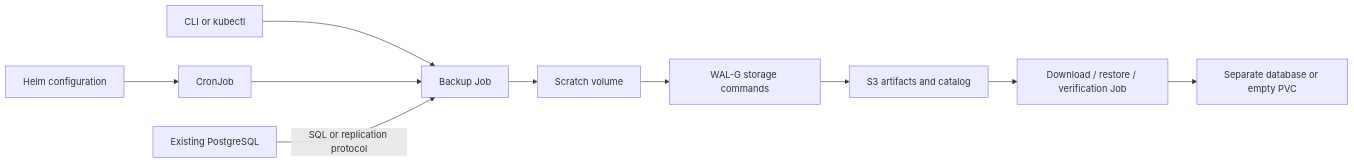
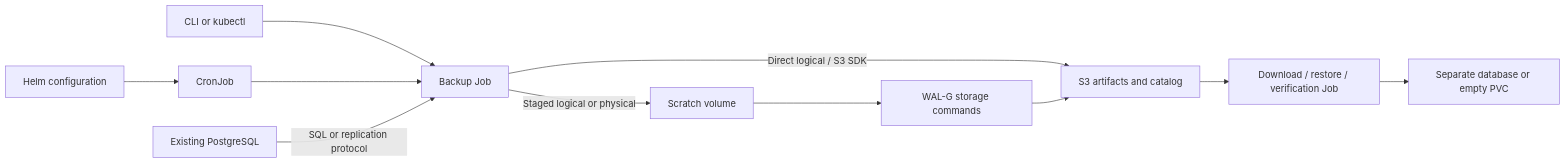
Before and after one commit to v-em/pgbk: the diagram in docs/en/specification.md, drawn with Mermaid. The commit also changed other lines of this file and 61 other files, not shown here.

````diff
--- a/docs/en/specification.md
+++ b/docs/en/specification.md
@@ -35,12 +39,13 @@
 ```mermaid
 flowchart LR
   H[Helm configuration] --> C[CronJob]
   U[CLI or kubectl] --> J[Backup Job]
   C --> J
   P[Existing PostgreSQL] -->|SQL or replication protocol| J
-  J --> V[Scratch volume]
+  J -->|Direct logical / S3 SDK| S
+  J -->|Staged logical or physical| V[Scratch volume]
   V --> W[WAL-G storage commands]
   W --> S[S3 artifacts and catalog]
   S --> R[Download / restore / verification Job]
   R --> D[Separate database or empty PVC]
 ```
````
